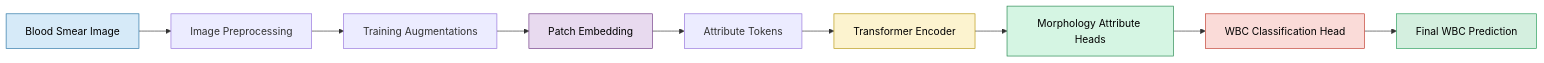
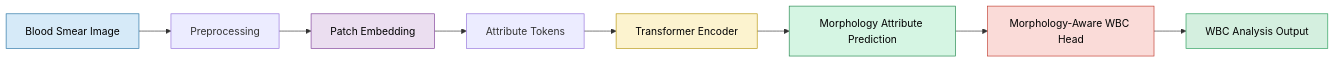
The first of 3 diagrams in README.md (fassi182/WBC_Morphology_Analysis_with_a_MAL_ViT_Inspired_Architecture), drawn with Mermaid before and after one commit. The commit also changed other lines of this file, not shown here.

````diff
--- a/README.md
+++ b/README.md
@@ -74,37 +57,34 @@
 ```mermaid
 flowchart LR
 
 A["Blood Smear Image"]
 
-B["Image Preprocessing"]
+B["Preprocessing"]
 
-C["Training Augmentations"]
+C["Patch Embedding"]
 
-D["Patch Embedding"]
+D["Attribute Tokens"]
 
-E["Attribute Tokens"]
+E["Transformer Encoder"]
 
-F["Transformer Encoder"]
+F["Morphology Attribute Prediction"]
 
-G["Morphology Attribute Heads"]
+G["Morphology-Aware WBC Head"]
 
-H["WBC Classification Head"]
-
-I["Final WBC Prediction"]
+H["WBC Analysis Output"]
 
 A --> B
 B --> C
 C --> D
 D --> E
 E --> F
 F --> G
 G --> H
-H --> I
 
 style A fill:#D6EAF8,stroke:#2471A3,color:#000
-style D fill:#E8DAEF,stroke:#6C3483,color:#000
-style F fill:#FCF3CF,stroke:#B7950B,color:#000
-style G fill:#D5F5E3,stroke:#1E8449,color:#000
-style H fill:#FADBD8,stroke:#C0392B,color:#000
-style I fill:#D4EFDF,stroke:#239B56,color:#000
+style C fill:#EBDEF0,stroke:#7D3C98,color:#000
+style E fill:#FCF3CF,stroke:#B7950B,color:#000
+style F fill:#D5F5E3,stroke:#1E8449,color:#000
+style G fill:#FADBD8,stroke:#C0392B,color:#000
+style H fill:#D4EFDF,stroke:#239B56,color:#000
 ```
````
